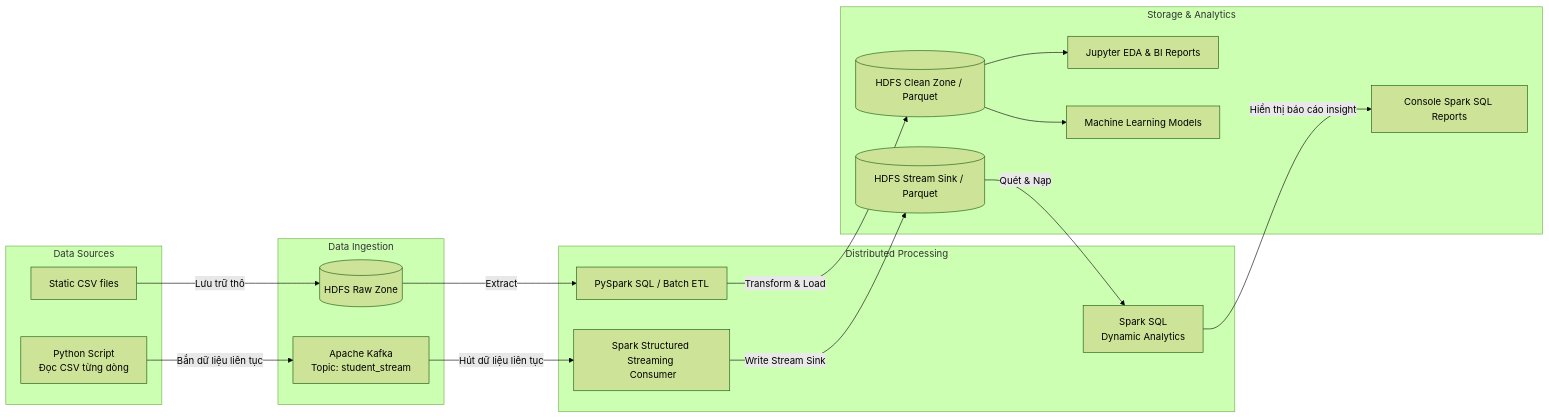
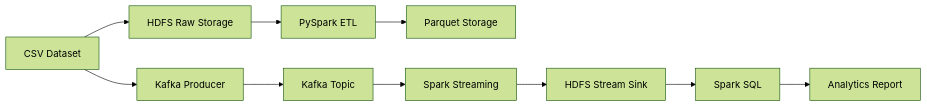
Before and after one commit to LeDoanPhu/BIGDATA: the diagram in README.md, drawn with Mermaid (forest theme). The commit also changed other lines of this file, not shown here.

````diff
--- a/README.md
+++ b/README.md
@@ -26,42 +54,34 @@
 ```mermaid
-graph LR
-    subgraph Data Sources
-        A1[Static CSV files]
-        A2[Python Script <br> Đọc CSV từng dòng]
-    end
+flowchart LR
 
-    subgraph Data Ingestion
-        B1[(HDFS Raw Zone)]
-        B2[Apache Kafka <br> Topic: student_stream]
-    end
+CSV[CSV Dataset]
 
-    subgraph Distributed Processing
-        C1[PySpark SQL / Batch ETL]
-        C2[Spark Structured Streaming <br> Consumer]
-        C3[Spark SQL <br> Dynamic Analytics]
-    end
+HDFS[HDFS Raw Storage]
 
-    subgraph Storage & Analytics
-        D1[(HDFS Clean Zone / Parquet)]
-        D2[(HDFS Stream Sink / Parquet)]
-        E1[Jupyter EDA & BI Reports]
-        E2[Machine Learning Models]
-        E3[Console Spark SQL Reports]
-    end
+ETL[PySpark ETL]
 
-    %% Luồng Batch
-    A1 --"Lưu trữ thô"--> B1
-    B1 --"Extract"--> C1
-    C1 --"Transform & Load"--> D1
-    
-    %% Luồng Streaming
-    A2 --"Bắn dữ liệu liên tục"--> B2
-    B2 --"Hút dữ liệu liên tục"--> C2
-    C2 --"Write Stream Sink"--> D2
-    D2 --"Quét & Nạp"--> C3
-    C3 --"Hiển thị báo cáo insight"--> E3
+PARQUET[Parquet Storage]
 
-    %% Phân tích & AI
-    D1 --> E1
-    D1 --> E2
+PRODUCER[Kafka Producer]
+
+KAFKA[Kafka Topic]
+
+STREAM[Spark Streaming]
+
+SINK[HDFS Stream Sink]
+
+SQL[Spark SQL]
+
+REPORT[Analytics Report]
+
+CSV --> HDFS
+HDFS --> ETL
+ETL --> PARQUET
+
+CSV --> PRODUCER
+PRODUCER --> KAFKA
+KAFKA --> STREAM
+STREAM --> SINK
+SINK --> SQL
+SQL --> REPORT
 ```
````
